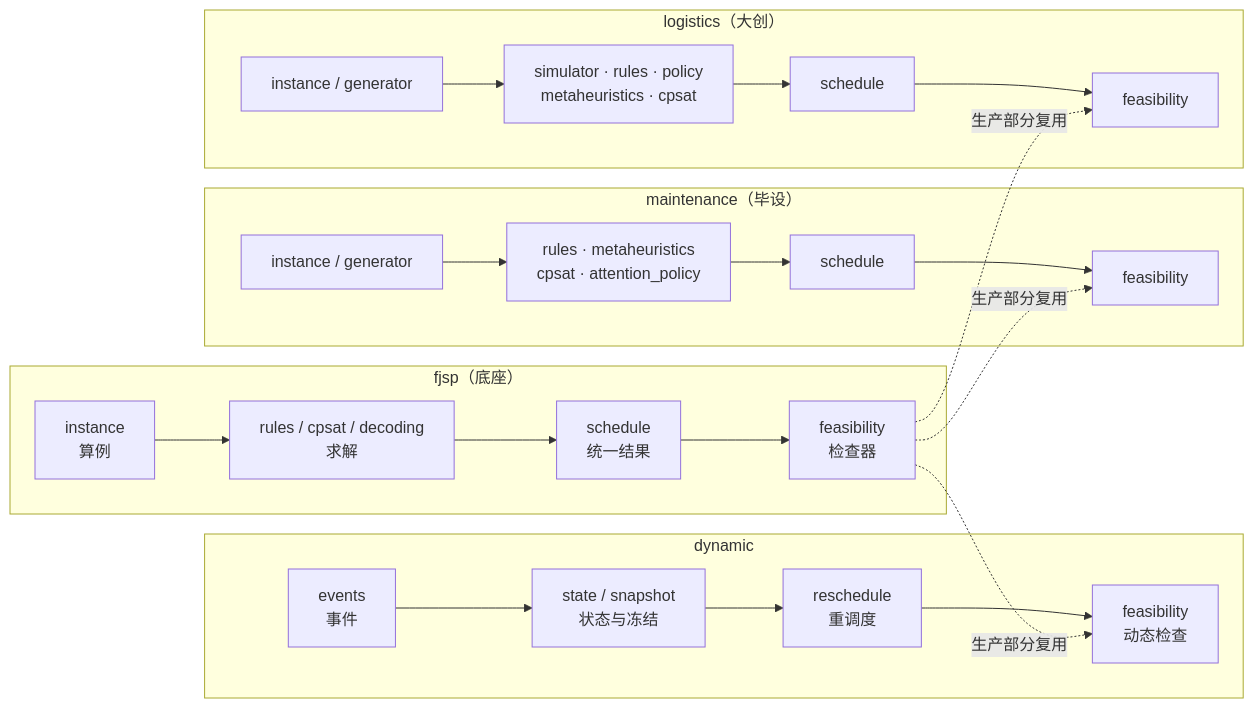
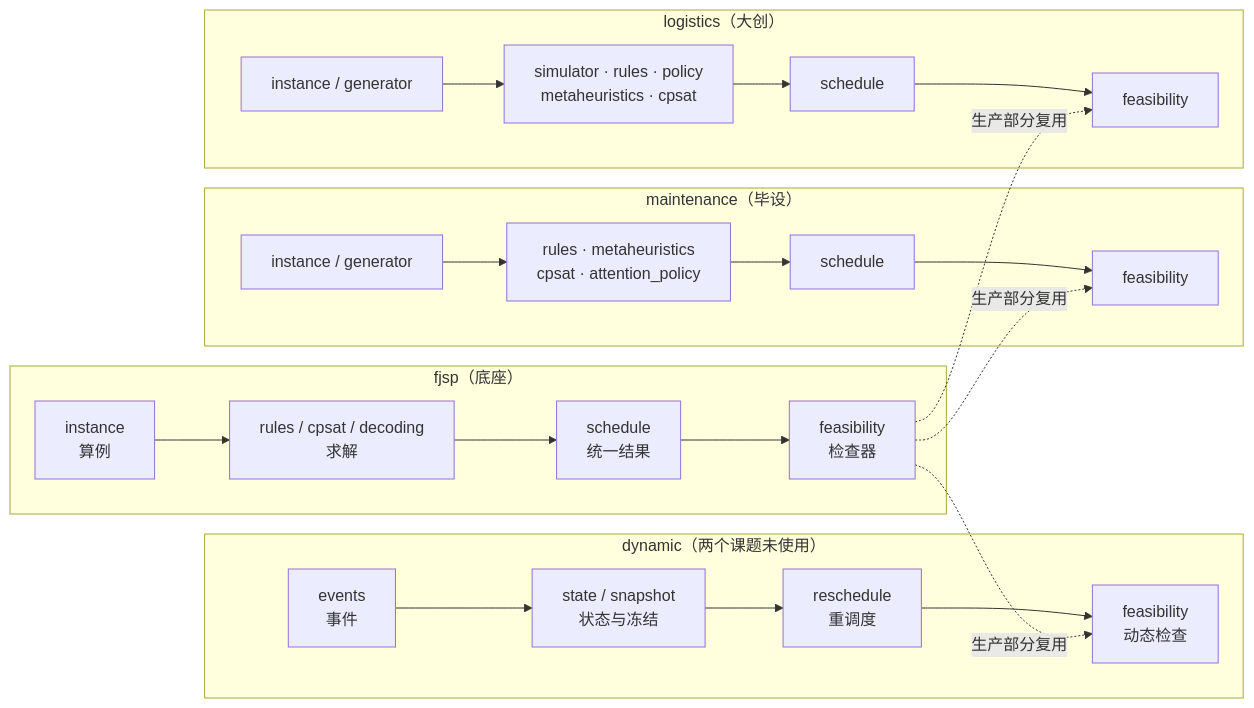
The second of 7 diagrams in docs/overview.md (i-m-a-g-nation/fjsp-agv-rl-research), drawn with Mermaid before and after one commit. The commit also changed other lines of this file and 4 other files, not shown here.

````diff
--- a/docs/overview.md
+++ b/docs/overview.md
@@ -66,18 +68,18 @@
 ```mermaid
 flowchart LR
     subgraph fjsp["fjsp（底座）"]
         a1["instance<br/>算例"] --> a2["rules / cpsat / decoding<br/>求解"] --> a3["schedule<br/>统一结果"] --> a4["feasibility<br/>检查器"]
     end
-    subgraph dynamic["dynamic"]
+    subgraph dynamic["dynamic（两个课题未使用）"]
         b1["events<br/>事件"] --> b2["state / snapshot<br/>状态与冻结"] --> b3["reschedule<br/>重调度"] --> b4["feasibility<br/>动态检查"]
     end
     subgraph maintenance["maintenance（毕设）"]
         c1["instance / generator"] --> c2["rules · metaheuristics<br/>cpsat · attention_policy"] --> c3["schedule"] --> c4["feasibility"]
     end
     subgraph logistics["logistics（大创）"]
         d1["instance / generator"] --> d2["simulator · rules · policy<br/>metaheuristics · cpsat"] --> d3["schedule"] --> d4["feasibility"]
     end
     a4 -. 生产部分复用 .-> b4
     a4 -. 生产部分复用 .-> c4
     a4 -. 生产部分复用 .-> d4
 ```
````
